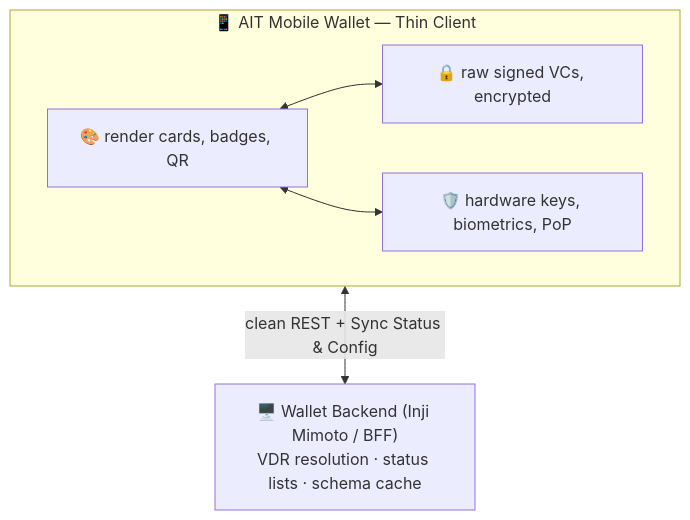
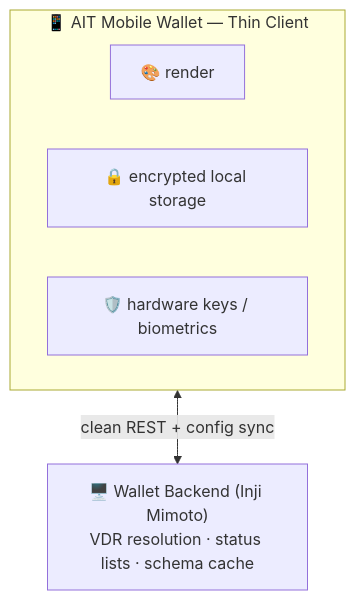
One commit to mosip-asia/ait-wallet changed the first of 3 diagrams in apps/mobile/ARCHITECTURE.md. Above: the diagram before and after it, drawn with Mermaid. The commit also changed other lines of this file and 13 other files, not shown here.

````diff
--- a/apps/mobile/ARCHITECTURE.md
+++ b/apps/mobile/ARCHITECTURE.md
@@ -16,12 +22,10 @@
 ```mermaid
 flowchart TD
     subgraph Mobile ["📱 AIT Mobile Wallet — Thin Client"]
-        UI["🎨 render cards, badges, QR"]
-        Storage["🔒 raw signed VCs, encrypted"]
-        Security["🛡️ hardware keys, biometrics, PoP"]
+        UI["🎨 render"]
+        Storage["🔒 encrypted local storage"]
+        Security["🛡️ hardware keys / biometrics"]
     end
-    BFF["🖥️ Wallet Backend (Inji Mimoto / BFF)\nVDR resolution · status lists · schema cache"]
-    UI <--> Storage
-    UI <--> Security
-    Mobile <-->|"clean REST + Sync Status & Config"| BFF
+    BFF["🖥️ Wallet Backend (Inji Mimoto)\nVDR resolution · status lists · schema cache"]
+    Mobile <-->|"clean REST + config sync"| BFF
 ```
````
